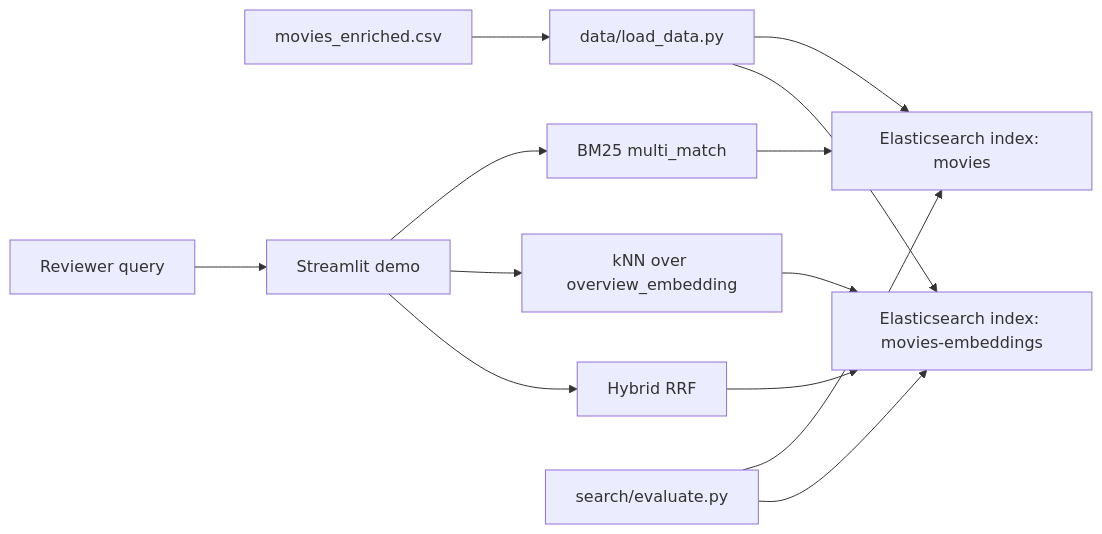
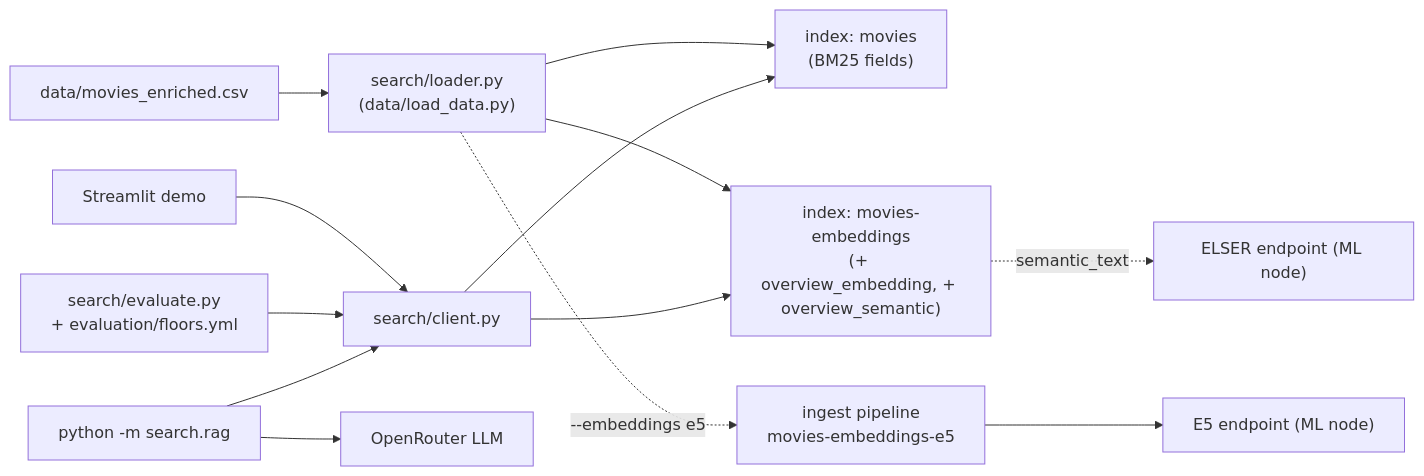
The first of 2 diagrams in docs/architecture.md (MysterionRise/flavours-of-elastic), drawn with Mermaid before and after one commit. The commit also changed other lines of this file and 27 other files, not shown here.

First line of the commit message:
docs: refresh architecture, ADRs, README, CLAUDE.md and the benchmark report

````diff
--- a/docs/architecture.md
+++ b/docs/architecture.md
@@ -7,15 +8,15 @@
 ```mermaid
 flowchart LR
-  CSV["movies_enriched.csv"] --> Loader["data/load_data.py"]
-  Loader --> ES["Elasticsearch index: movies"]
-  Loader --> ESV["Elasticsearch index: movies-embeddings"]
-  Query["Reviewer query"] --> App["Streamlit demo"]
-  App --> BM25["BM25 multi_match"]
-  App --> Dense["kNN over overview_embedding"]
-  App --> RRF["Hybrid RRF"]
-  BM25 --> ES
-  Dense --> ESV
-  RRF --> ESV
-  Eval["search/evaluate.py"] --> ES
-  Eval --> ESV
+  CSV["data/movies_enriched.csv"] --> Loader["search/loader.py<br/>(data/load_data.py)"]
+  Loader --> M["index: movies<br/>(BM25 fields)"]
+  Loader --> ME["index: movies-embeddings<br/>(+ overview_embedding, + overview_semantic)"]
+  Loader -. "--embeddings e5" .-> Pipe["ingest pipeline<br/>movies-embeddings-e5"]
+  Pipe --> E5["E5 endpoint (ML node)"]
+  ME -. "semantic_text" .-> ELSER["ELSER endpoint (ML node)"]
+  Client["search/client.py"] --> M
+  Client --> ME
+  App["Streamlit demo"] --> Client
+  Eval["search/evaluate.py<br/>+ evaluation/floors.yml"] --> Client
+  RAG["python -m search.rag"] --> Client
+  RAG --> LLM["OpenRouter LLM"]
 ```
````
